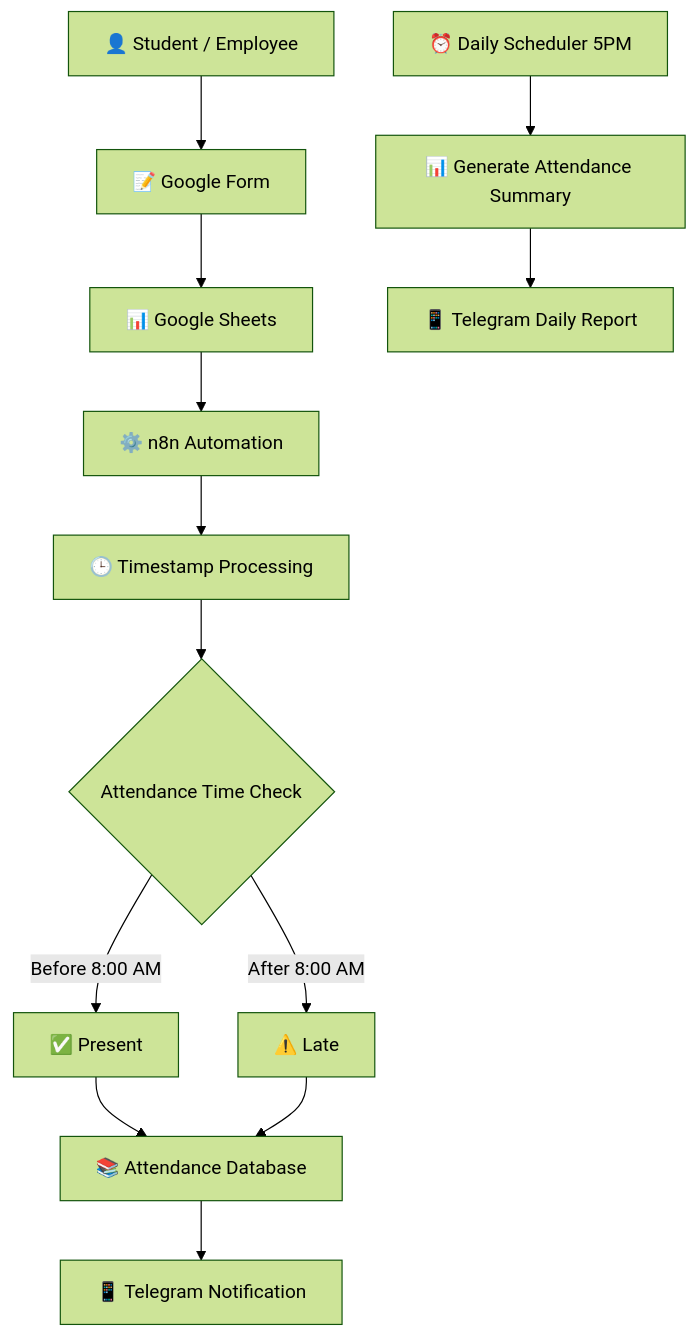
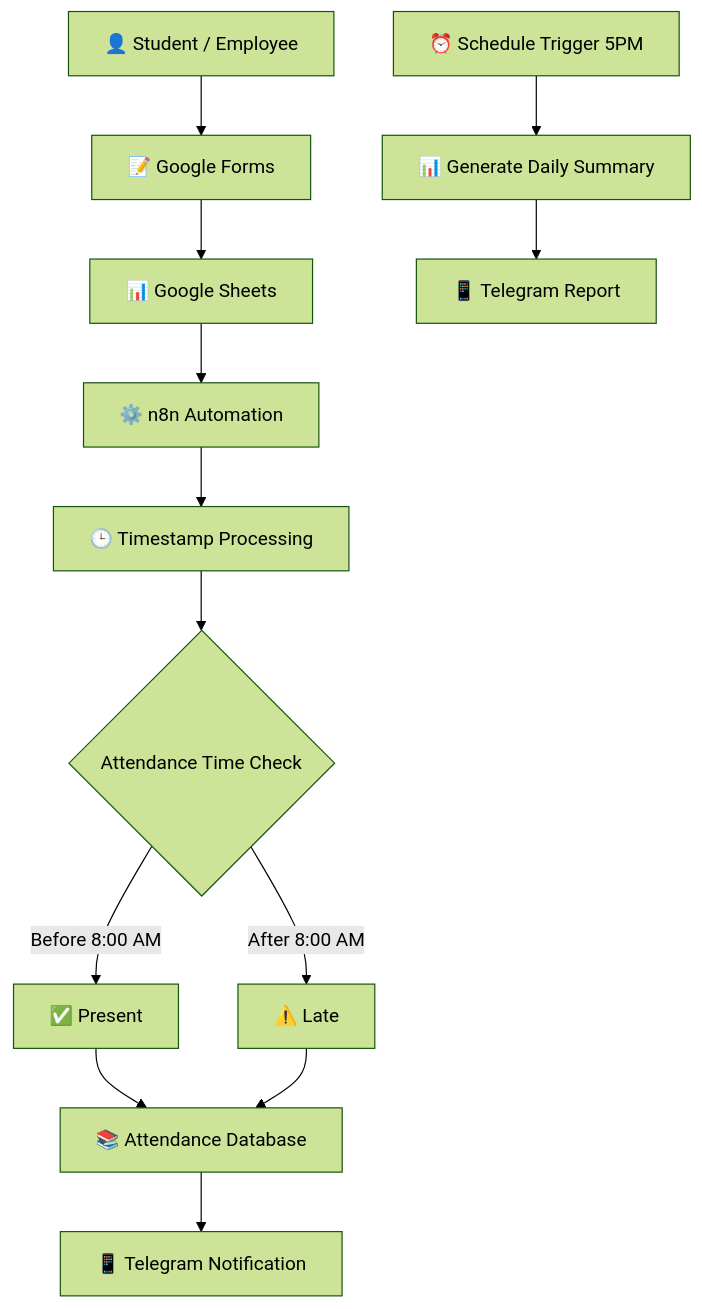
The diagram in README.md (belioautomation/Smart-Attendance-Monitoring--n8n), drawn with Mermaid (forest theme) before and after one commit. The commit also changed other lines of this file, not shown here.

`````diff
--- a/README.md
+++ b/README.md
@@ -66,30 +101,32 @@
 ```mermaid
 flowchart TD
 
 A["👤 Student / Employee"]
---> B["📝 Google Form"]
 
-B --> C["📊 Google Sheets"]
+--> B["📝 Google Forms"]
 
-C --> D["⚙️ n8n Automation"]
+--> C["📊 Google Sheets"]
 
-D --> E["🕒 Timestamp Processing"]
+--> D["⚙️ n8n Automation"]
 
-E --> F{"Attendance Time Check"}
+--> E["🕒 Timestamp Processing"]
+
+--> F{"Attendance Time Check"}
 
 F -->|Before 8:00 AM| G["✅ Present"]
 
 F -->|After 8:00 AM| H["⚠️ Late"]
 
 G --> I["📚 Attendance Database"]
 
 H --> I
 
 I --> J["📱 Telegram Notification"]
 
 
-K["⏰ Daily Scheduler 5PM"]
---> L["📊 Generate Attendance Summary"]
+K["⏰ Schedule Trigger 5PM"]
 
-L --> M["📱 Telegram Daily Report"]
+--> L["📊 Generate Daily Summary"]
+
+--> M["📱 Telegram Report"]
 ````
`````
